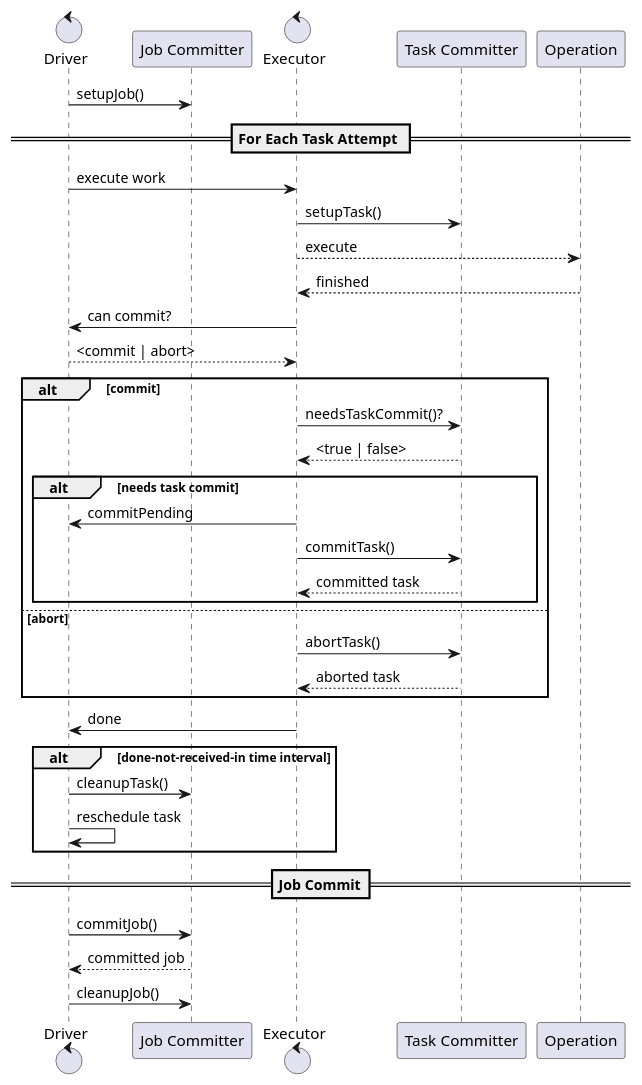
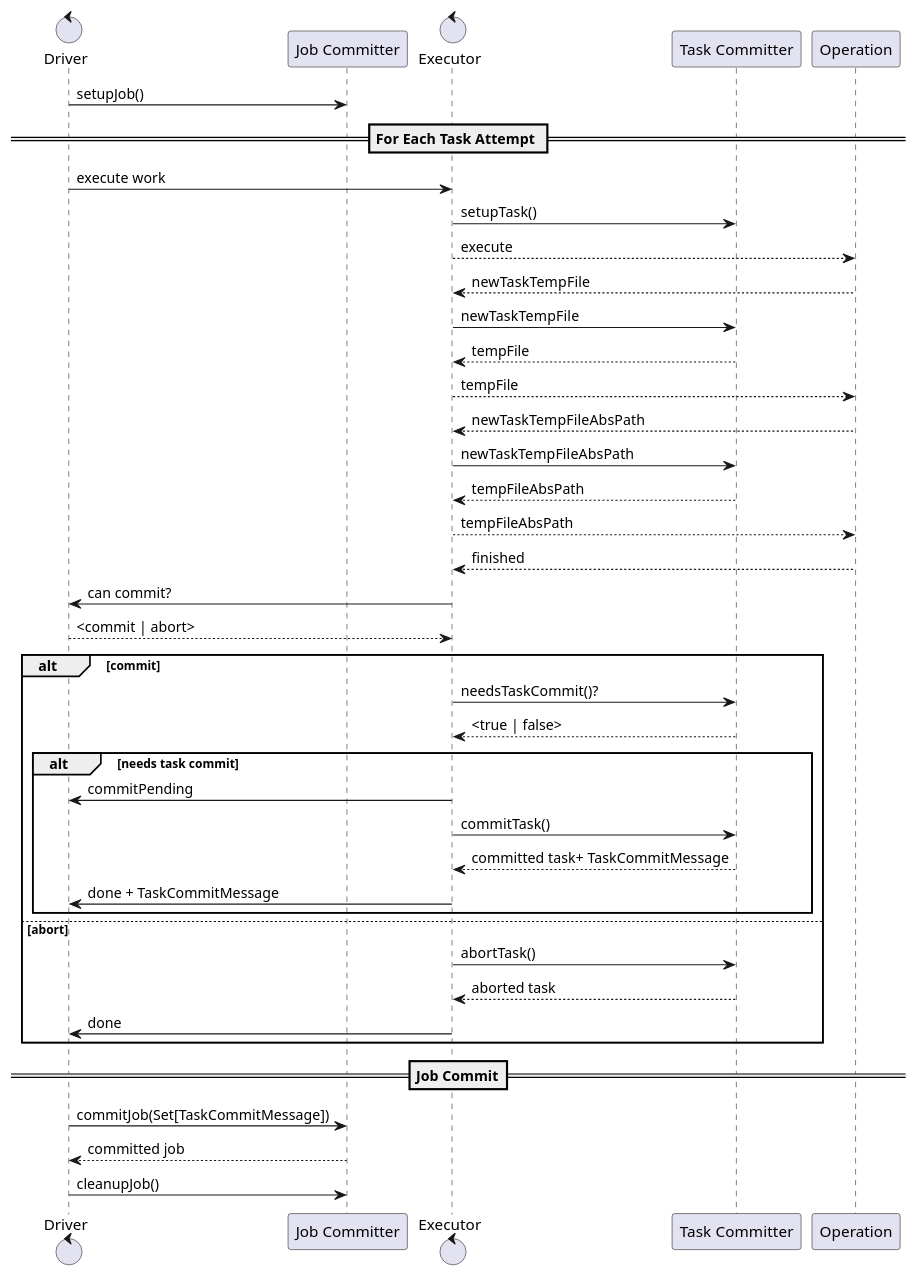
Before and after one commit to steveloughran/zero-rename-committer: the diagram in tex/spark-protocol.puml, drawn with PlantUML. The commit also changed 5 other files, not shown here.

```diff
--- a/tex/spark-protocol.puml
+++ b/tex/spark-protocol.puml
@@ -1,53 +1,59 @@
 @startuml
 
 'define icons
 control Driver
 participant "Job Committer"
 control Executor
 participant "Task Committer"
 participant Operation
 
 ' protocol
 '== Initialization ==
 
 Driver -> "Job Committer": setupJob()
 
 == For Each Task Attempt ==
 Driver -> Executor: execute work
 Executor -> "Task Committer": setupTask()
 Executor --> Operation: execute
+Executor <-- Operation: newTaskTempFile
+Executor -> "Task Committer": newTaskTempFile
+Executor <-- "Task Committer": tempFile
+Executor --> Operation: tempFile
+
+Executor <-- Operation: newTaskTempFileAbsPath
+Executor -> "Task Committer": newTaskTempFileAbsPath
+Executor <-- "Task Committer": tempFileAbsPath
+Executor --> Operation: tempFileAbsPath
+
 Executor <-- Operation: finished
 
 Executor -> Driver: can commit?
 Executor <-- Driver:  <commit | abort>
 
 alt commit
   Executor -> "Task Committer": needsTaskCommit()?
   Executor <-- "Task Committer": <true | false>
     alt needs task commit
     Executor -> Driver: commitPending
     Executor -> "Task Committer": commitTask()
-    Executor <-- "Task Committer": committed task
+    Executor <-- "Task Committer": committed task+ TaskCommitMessage
+    Executor -> Driver : done + TaskCommitMessage
     end
 
 else abort
   Executor -> "Task Committer": abortTask()
   Executor <-- "Task Committer": aborted task
-end
-Executor -> Driver : done
-
-alt done-not-received-in time interval
-  Driver -> "Job Committer": cleanupTask()
-  Driver -> Driver: reschedule task
+  Executor -> Driver : done
 end
 
 
 == Job Commit==
 
 
-Driver -> "Job Committer": commitJob()
+Driver -> "Job Committer": commitJob(Set[TaskCommitMessage])
 Driver <-- "Job Committer": committed job
 Driver -> "Job Committer": cleanupJob()
 
 
 @enduml
```
